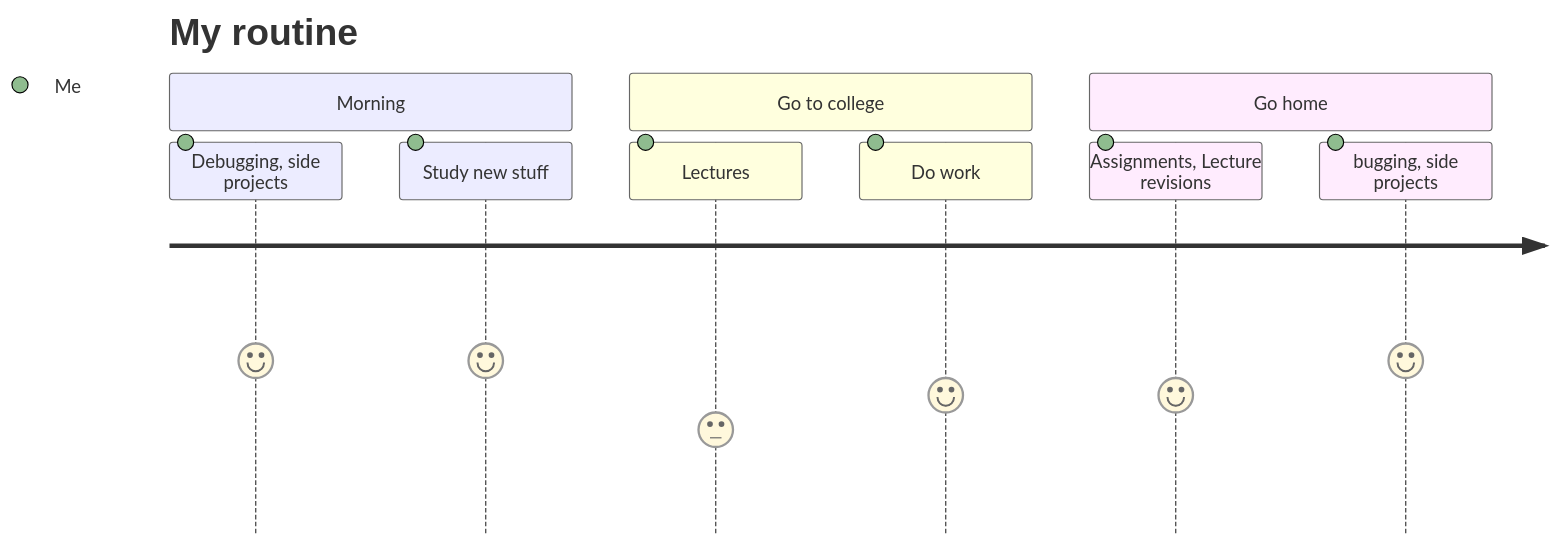
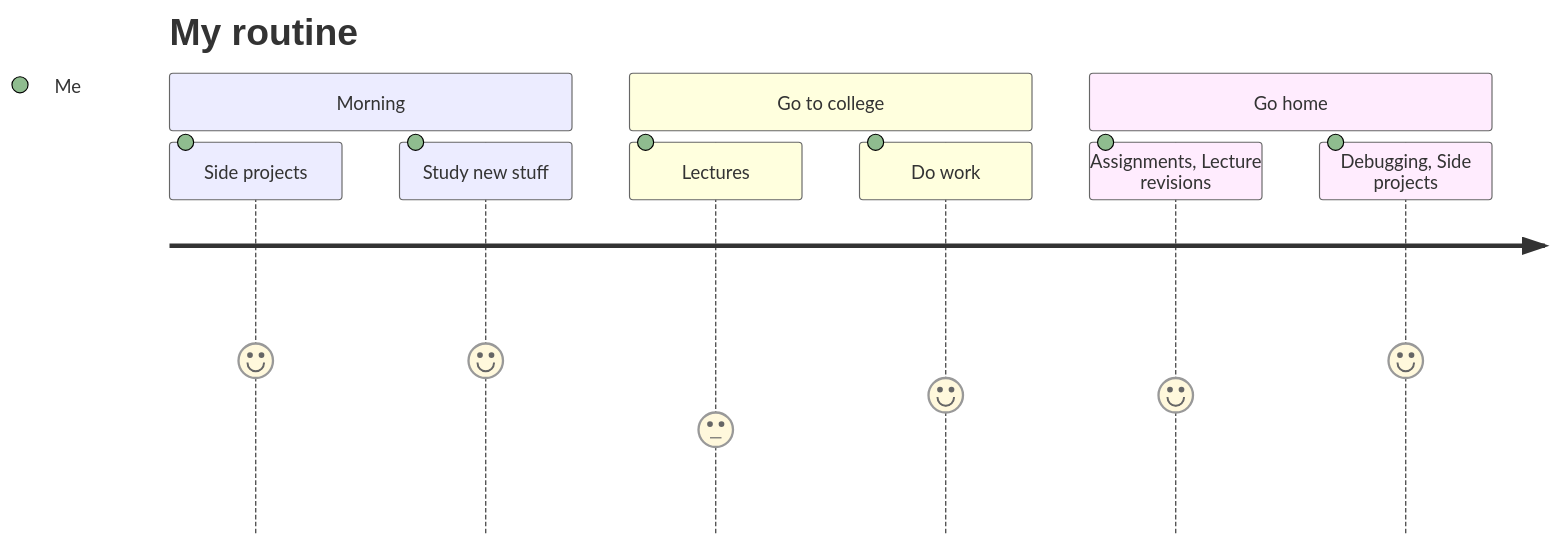
The diagram in README.md (hwaseem04/hwaseem04), drawn with Mermaid before and after one commit.

Commit message:
Little changes to Journey diagram

````diff
--- a/README.md
+++ b/README.md
@@ -28,13 +28,13 @@
 ```mermaid
 journey
     title My routine
     section Morning
-      Debugging, side projects: 5: Me
+      Side projects: 5: Me
       Study new stuff: 5: Me
     section Go to college
       Lectures: 3: Me
       Do work: 4: Me
     section Go home
       Assignments, Lecture revisions: 4: Me
-      bugging, side projects: 5: Me
+      Debugging, Side projects: 5: Me
 ```
````
